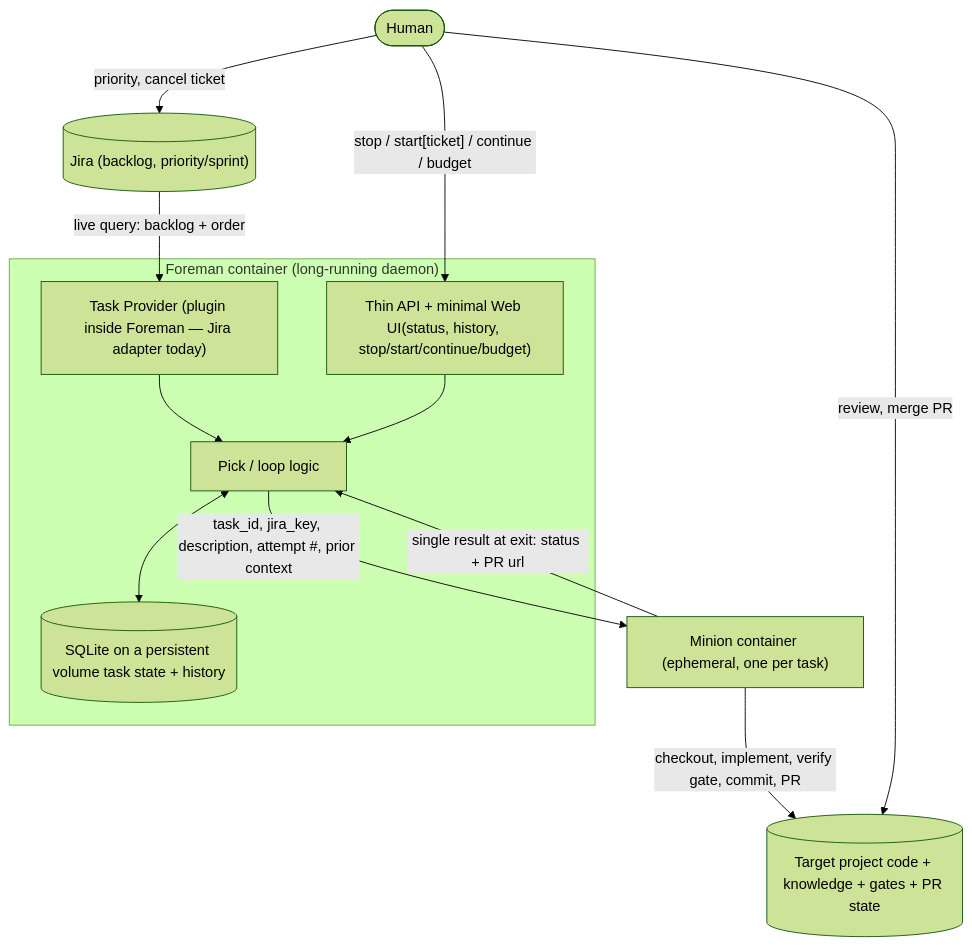
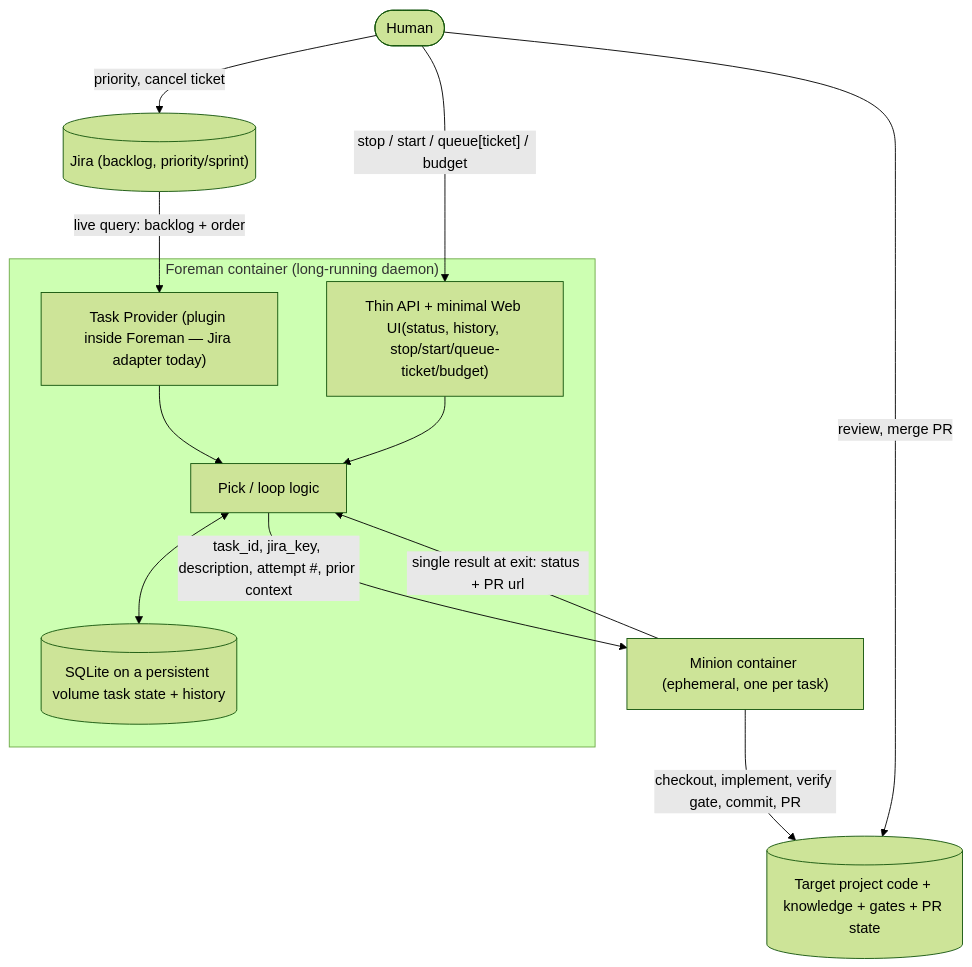
Before and after one commit to andrewmolyuk/instrumenta: the diagram in docs/architecture.md, drawn with Mermaid (forest theme). The commit also changed other lines of this file and 20 other files, not shown here.

First line of the commit message:
feat: rename continue/start[ticket] to start/queue[ticket] (ADR-005)

````diff
--- a/docs/architecture.md
+++ b/docs/architecture.md
@@ -10,26 +10,26 @@
 ```mermaid
 flowchart TD
     Jira[("Jira (backlog, priority/sprint)")]
     Human(["Human"])
 
     subgraph Foreman["Foreman container (long-running daemon)"]
         TP["Task Provider (plugin inside Foreman — Jira adapter today)"]
         Pick["Pick / loop logic"]
         DB[("SQLite on a persistent volume task state + history")]
-        API["Thin API + minimal Web UI(status, history, stop/start/continue/budget)"]
+        API["Thin API + minimal Web UI(status, history, stop/start/queue-ticket/budget)"]
     end
 
     Minion["Minion container (ephemeral, one per task)"]
     Target[("Target project code + knowledge + gates + PR state")]
 
     Jira -- "live query: backlog + order" --> TP
     TP --> Pick
     Pick <--> DB
-    Human -- "stop / start[ticket] / continue / budget" --> API
+    Human -- "stop / start / queue[ticket] / budget" --> API
     API --> Pick
     Pick -- "task_id, jira_key, description, attempt #, prior context" --> Minion
     Minion -- "checkout, implement, verify gate, commit, PR" --> Target
     Minion -- "single result at exit: status + PR url" --> Pick
     Human -- "priority, cancel ticket" --> Jira
     Human -- "review, merge PR" --> Target
 ```
````
